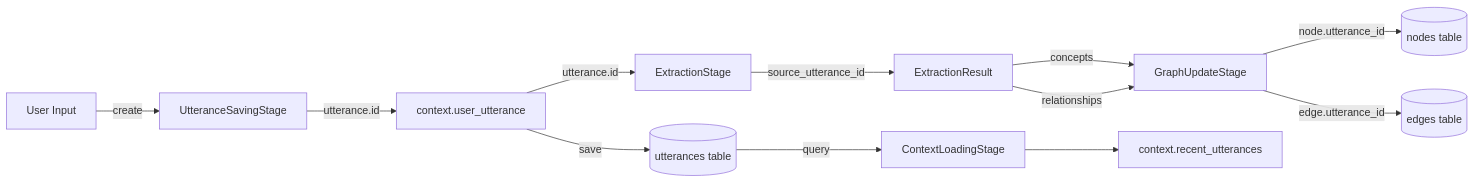
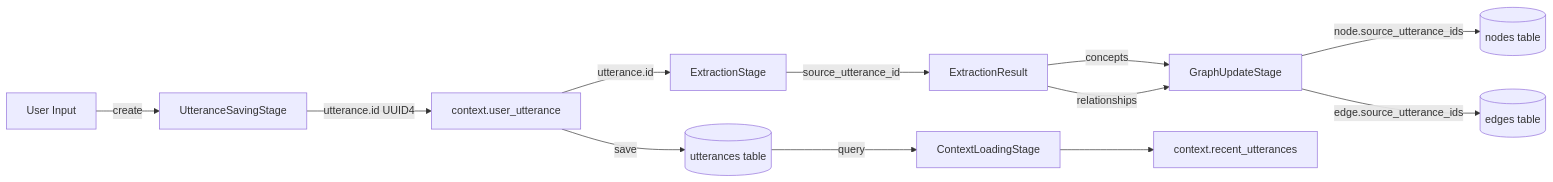
One commit to michaelarutyunov/interview-system-v2 changed the sixth of 16 diagrams in docs/data_flow_paths.md. Above: the diagram before and after it, drawn with Mermaid. The commit also changed other lines of this file and 1 other file, not shown here.

First line of the commit message:
docs: update pipeline_contracts.md with contract-based architecture

````diff
--- a/docs/data_flow_paths.md
+++ b/docs/data_flow_paths.md
@@ -317,17 +327,17 @@
 ```mermaid
 graph LR
     A[User Input] -->|create| B[UtteranceSavingStage]
-    B -->|utterance.id| C[context.user_utterance]
+    B -->|utterance.id UUID4| C[context.user_utterance]
     C -->|save| D[(utterances table)]
     C -->|utterance.id| E[ExtractionStage]
 
     E -->|source_utterance_id| F[ExtractionResult]
     F -->|concepts| G[GraphUpdateStage]
     F -->|relationships| G
 
-    G -->|node.utterance_id| H[(nodes table)]
-    G -->|edge.utterance_id| I[(edges table)]
+    G -->|node.source_utterance_ids| H[(nodes table)]
+    G -->|edge.source_utterance_ids| I[(edges table)]
 
     D -->|query| J[ContextLoadingStage]
     J --> K[context.recent_utterances]
 ```
````
